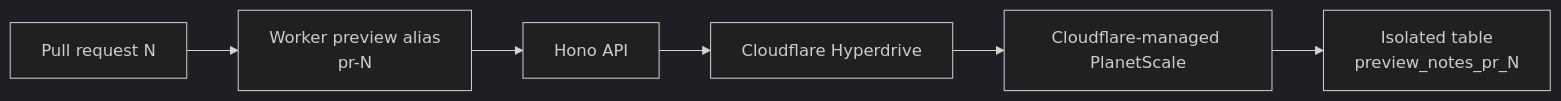
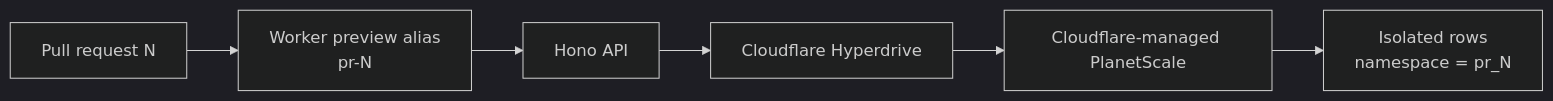
One commit to nash1111/branch-preview-example-including-backend changed the diagram in README.md. Above: the diagram before and after it, drawn with Mermaid (dark theme). The commit also changed other lines of this file and 5 other files, not shown here.

````diff
--- a/README.md
+++ b/README.md
@@ -5,8 +5,8 @@
 ```mermaid
 flowchart LR
 	PR[Pull request N] --> Worker[Worker preview alias<br/>pr-N]
 	Worker --> API[Hono API]
 	API --> HD[Cloudflare Hyperdrive]
 	HD --> PS[Cloudflare-managed PlanetScale]
-	PS --> Table[Isolated table<br/>preview_notes_pr_N]
+	PS --> Rows[Isolated rows<br/>namespace = pr_N]
 ```
````
